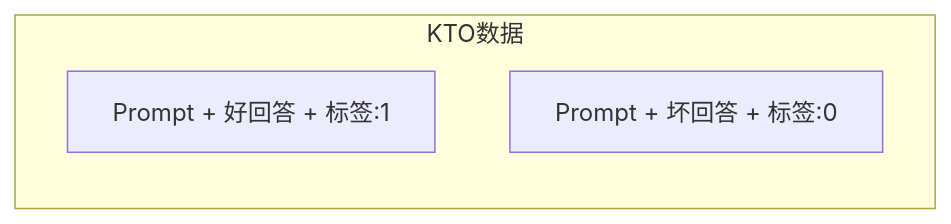
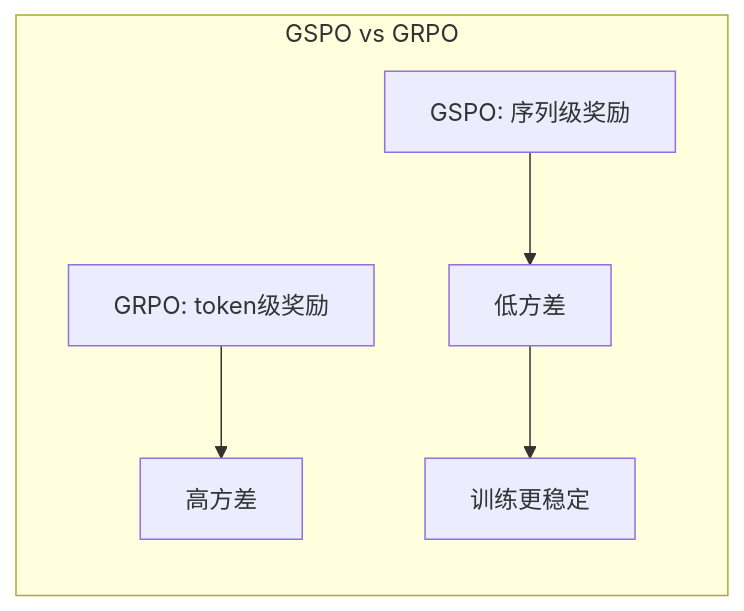
One commit to Xunzhuo/mini-sglang changed the tenth of 15 diagrams in learning/website/docs/basics/11.5-rl-strategies.md. Above: the diagram before and after it, drawn with Mermaid. The commit also changed other lines of this file and 7 other files, not shown here.

````diff
--- a/learning/website/docs/basics/11.5-rl-strategies.md
+++ b/learning/website/docs/basics/11.5-rl-strategies.md
@@ -229,7 +260,8 @@
 ```mermaid
 graph LR
-    subgraph KTO数据
-        P1[Prompt + 好回答 + 标签:1]
-        P2[Prompt + 坏回答 + 标签:0]
+    subgraph GSPO vs GRPO
+        GRPO[GRPO: token级奖励] --> V1[高方差]
+        GSPO[GSPO: 序列级奖励] --> V2[低方差]
+        V2 --> S[训练更稳定]
     end
 ```
````
